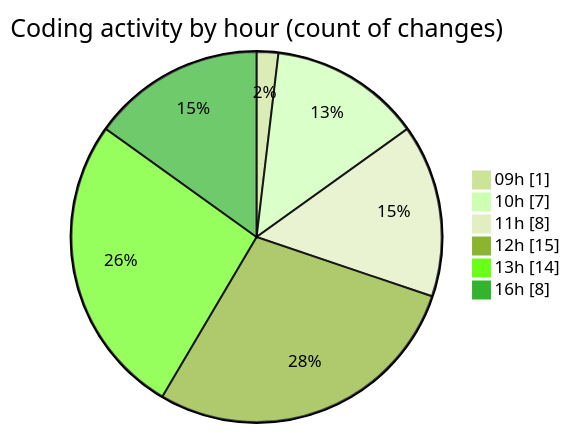
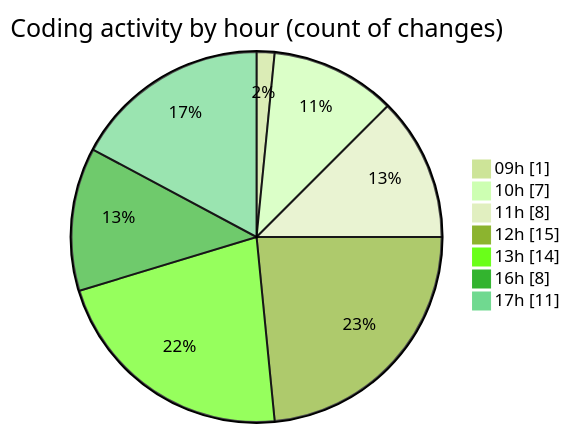
The second of 2 diagrams in 2025-02-12/elitegpt/README.md (Elitesun/code-tracking), drawn with Mermaid (forest theme) before and after one commit. The commit also changed other lines of this file and 1 other file, not shown here.

````diff
--- a/2025-02-12/elitegpt/README.md
+++ b/2025-02-12/elitegpt/README.md
@@ -42,10 +43,11 @@
 ```mermaid
 pie showData
 title Coding activity by hour (count of changes)
 "09h" : 1
 "10h" : 7
 "11h" : 8
 "12h" : 15
 "13h" : 14
 "16h" : 8
+"17h" : 11
 ```
````
